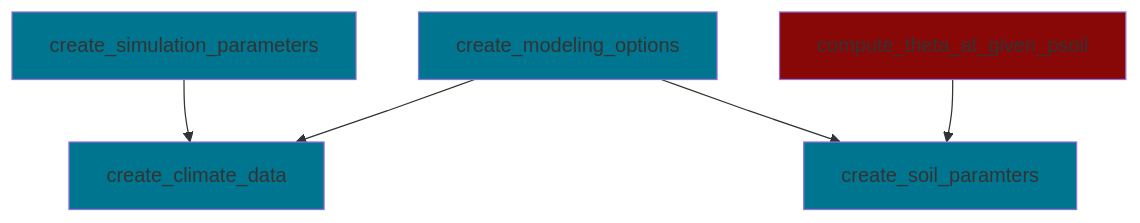
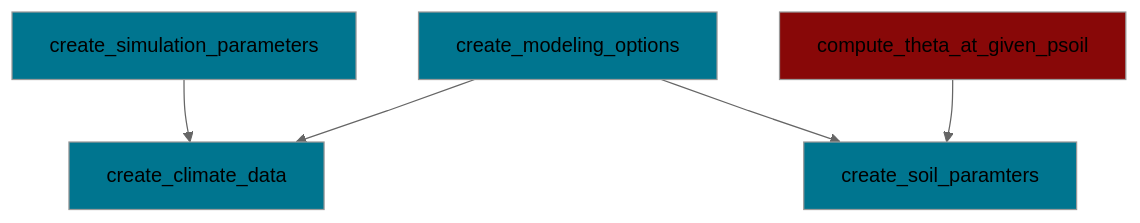
The diagram in README.md (ecamo19/sureau_ecos_py), drawn with Mermaid before and after one commit. The commit also changed 1 other file, not shown here.

Commit message:
ReadMe updated

````diff
--- a/README.md
+++ b/README.md
@@ -16,22 +16,23 @@
 ``` mermaid
+    %%{init: {'theme': 'neutral' } }%%
     graph TD;
 
         create_simulation_parameters-->create_climate_data;
         create_modeling_options-->create_climate_data;
 
 
         create_modeling_options-->create_soil_paramters;
         compute_theta_at_given_psoil-->create_soil_paramters;
 
         %% Blue color boxes ------------------------------------------------------------------
 
         style create_climate_data fill:#00758f
         style create_modeling_options fill:#00758f
         style create_simulation_parameters fill:#00758f, lineColor:#00758f
         style create_soil_paramters fill:#00758f
 
 
         %% Red color boxes --------------------------------------------------------------------
         style compute_theta_at_given_psoil fill:#880808
 
 ```
````
